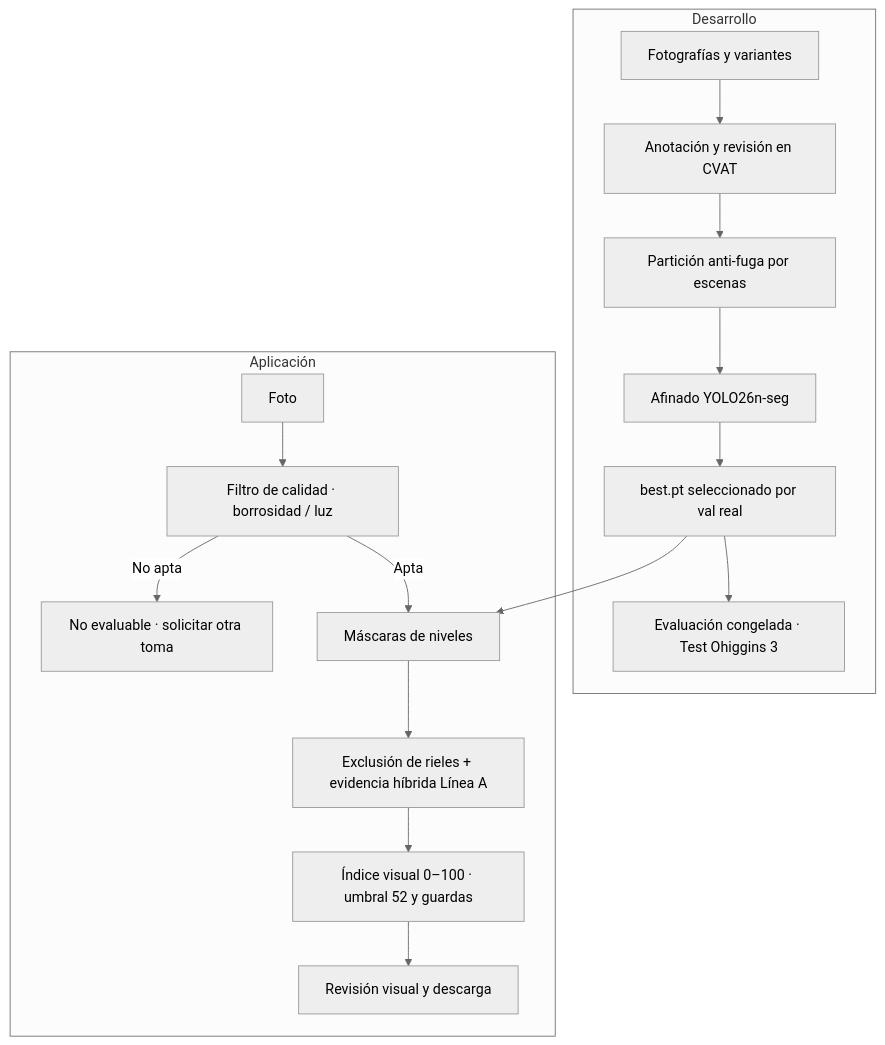
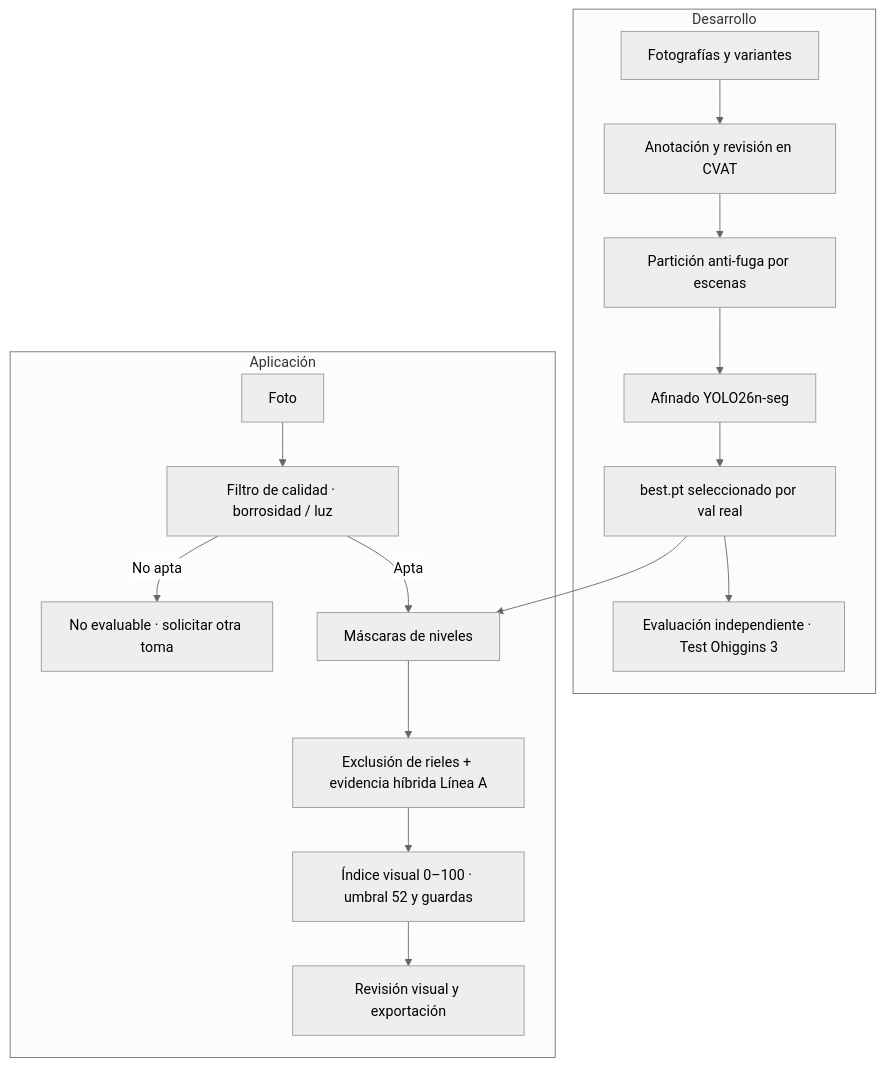
Before and after one commit to vcanio/Capstone2026: the first of 2 diagrams in README.md, drawn with Mermaid (neutral theme). The commit also changed other lines of this file, not shown here.

````diff
--- a/README.md
+++ b/README.md
@@ -206,19 +155,19 @@
 ```mermaid
 flowchart TB
     subgraph Desarrollo
         A[Fotografías y variantes] --> B[Anotación y revisión en CVAT]
         B --> C[Partición anti-fuga por escenas]
         C --> D[Afinado YOLO26n-seg]
         D --> E[best.pt seleccionado por val real]
-        E --> T[Evaluación congelada · Test Ohiggins 3]
+        E --> T[Evaluación independiente · Test Ohiggins 3]
     end
     subgraph Aplicación
         F[Foto] --> Q[Filtro de calidad · borrosidad / luz]
         Q -->|No apta| NE[No evaluable · solicitar otra toma]
         Q -->|Apta| G[Máscaras de niveles]
         E --> G
         G --> H[Exclusión de rieles + evidencia híbrida Línea A]
         H --> I[Índice visual 0–100 · umbral 52 y guardas]
-        I --> J[Revisión visual y descarga]
+        I --> J[Revisión visual y exportación]
     end
 ```
````
